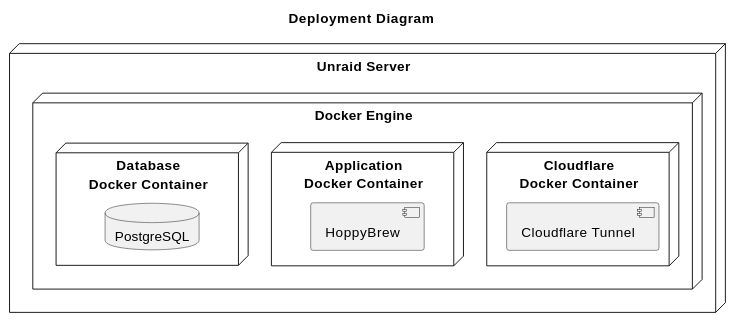
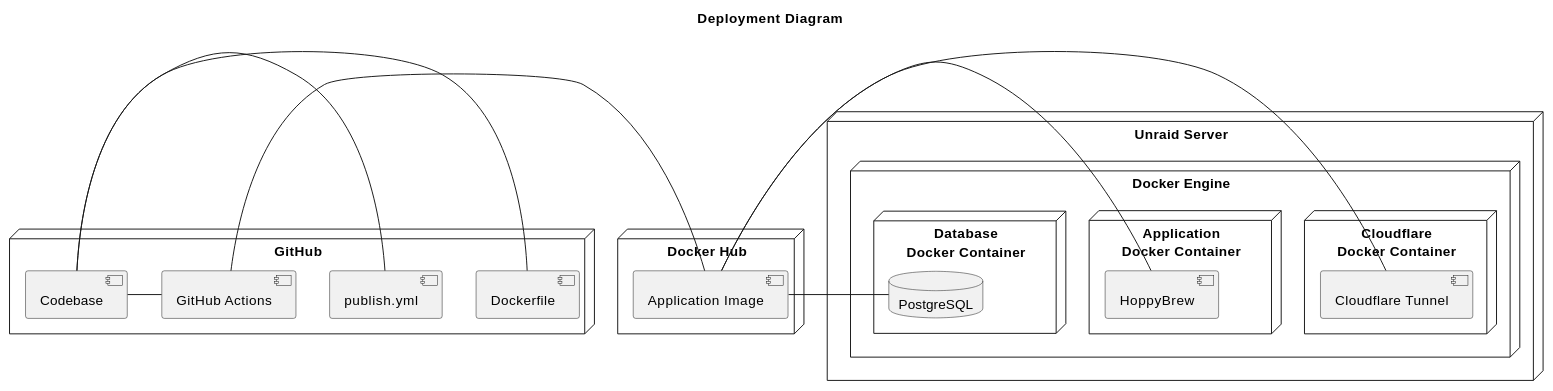
Before and after one commit to asbor/iu-project-software-engineering: the eighth of 8 diagrams in documents/01-Conception-Phase/00-HoppyBrew.md, drawn with PlantUML. The commit also changed 3 other files, not shown here.

```diff
--- a/documents/01-Conception-Phase/00-HoppyBrew.md
+++ b/documents/01-Conception-Phase/00-HoppyBrew.md
@@ -863,20 +863,39 @@
 @startuml 08-Deployment-View
 title Deployment Diagram
+
+node "GitHub" {
+    component "Codebase" as codebase
+    component "Dockerfile" as dockerfile
+    component "publish.yml" as publish
+    component "GitHub Actions" as githubActions
+}
+
+node "Docker Hub" {
+    component "Application Image" as appImage
+}
 
 node "Unraid Server" {
     node "Docker Engine" {
         node "Cloudflare\nDocker Container" {
             component "Cloudflare Tunnel" as cloudflareTunnel
         }
 
         node "Application\nDocker Container" {
             component "HoppyBrew" as hoppybrew
         }
 
         node "Database\nDocker Container" {
             database "PostgreSQL" as postgres
         }
     }
 }
 
+codebase - dockerfile
+codebase - publish
+codebase - githubActions
+githubActions - appImage
+appImage - cloudflareTunnel
+appImage - hoppybrew
+appImage - postgres
+
 @enduml
```
